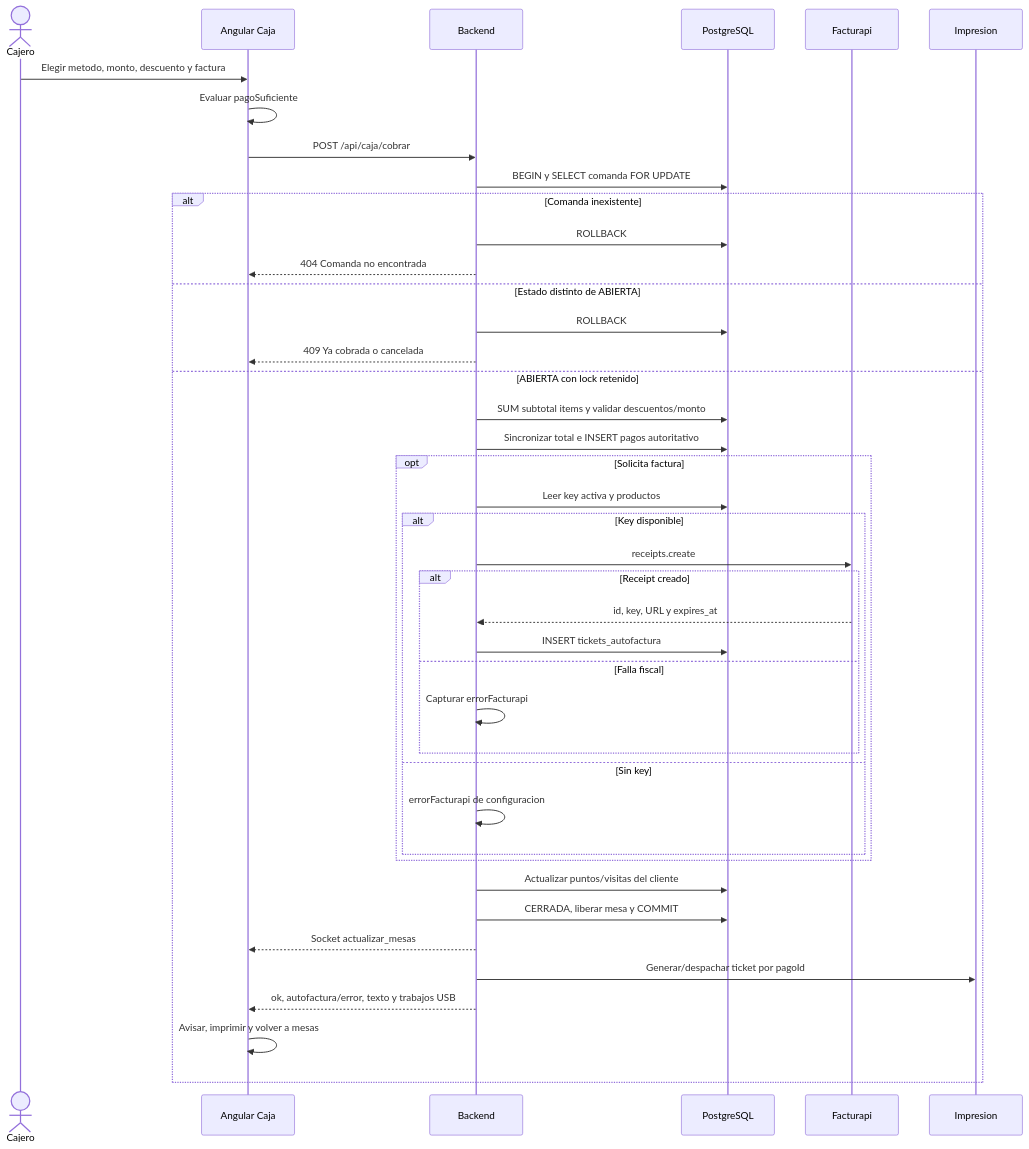
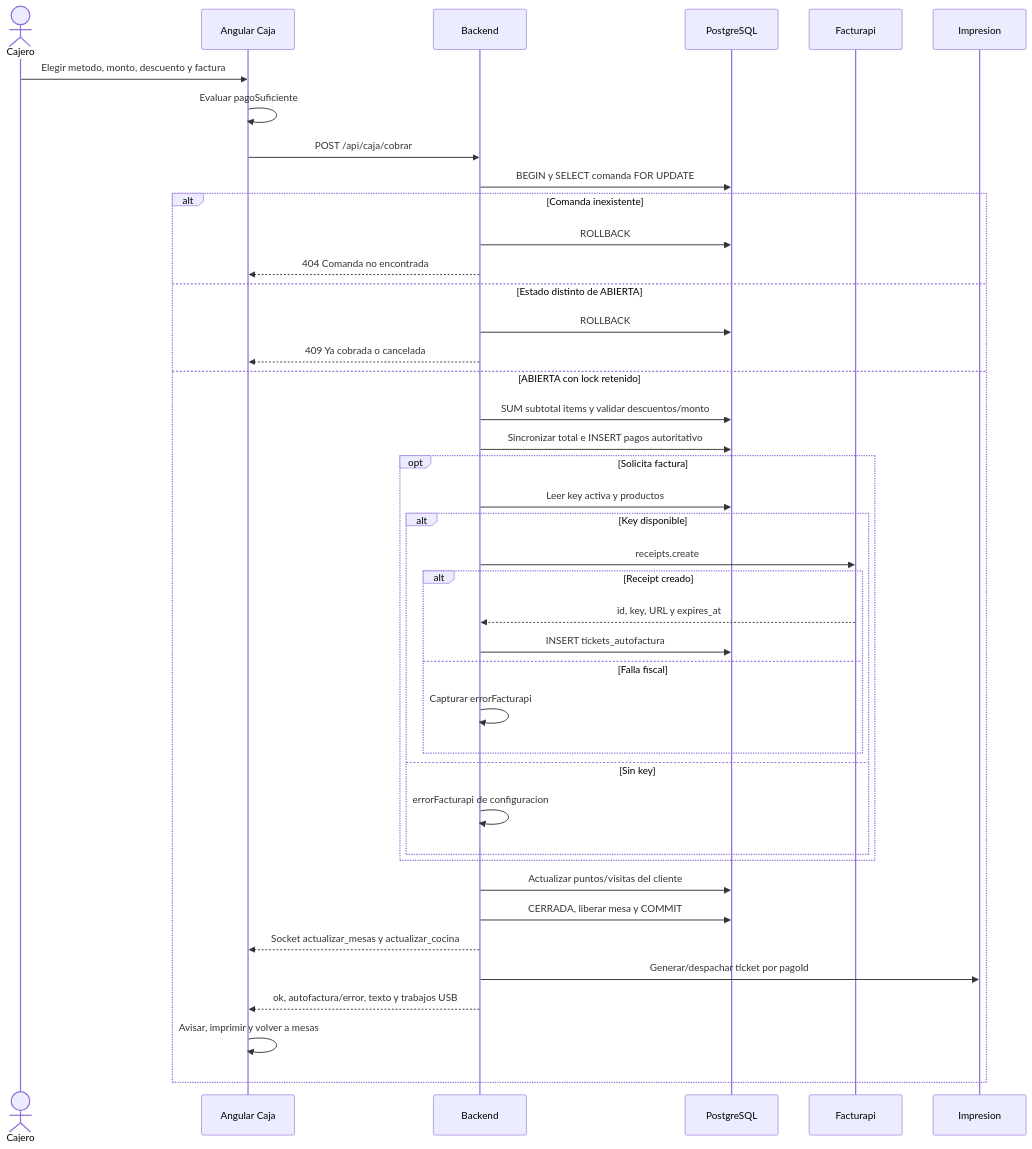
Before and after one commit to LAngelVp/Borboto: the fifth of 7 diagrams in docs/especificaciones/04-flujos-y-funcionalidad.md, drawn with Mermaid. The commit also changed other lines of this file and 6 other files, not shown here.

````diff
--- a/docs/especificaciones/04-flujos-y-funcionalidad.md
+++ b/docs/especificaciones/04-flujos-y-funcionalidad.md
@@ -195,43 +195,43 @@
 ```mermaid
 sequenceDiagram
   actor C as Cajero
   participant U as Angular Caja
   participant B as Backend
   participant DB as PostgreSQL
   participant F as Facturapi
   participant P as Impresion
   C->>U: Elegir metodo, monto, descuento y factura
   U->>U: Evaluar pagoSuficiente
   U->>B: POST /api/caja/cobrar
   B->>DB: BEGIN y SELECT comanda FOR UPDATE
   alt Comanda inexistente
     B->>DB: ROLLBACK
     B-->>U: 404 Comanda no encontrada
   else Estado distinto de ABIERTA
     B->>DB: ROLLBACK
     B-->>U: 409 Ya cobrada o cancelada
   else ABIERTA con lock retenido
     B->>DB: SUM subtotal items y validar descuentos/monto
     B->>DB: Sincronizar total e INSERT pagos autoritativo
     opt Solicita factura
       B->>DB: Leer key activa y productos
       alt Key disponible
         B->>F: receipts.create
         alt Receipt creado
           F-->>B: id, key, URL y expires_at
           B->>DB: INSERT tickets_autofactura
         else Falla fiscal
           B->>B: Capturar errorFacturapi
         end
       else Sin key
         B->>B: errorFacturapi de configuracion
       end
     end
     B->>DB: Actualizar puntos/visitas del cliente
     B->>DB: CERRADA, liberar mesa y COMMIT
-    B-->>U: Socket actualizar_mesas
+    B-->>U: Socket actualizar_mesas y actualizar_cocina
     B->>P: Generar/despachar ticket por pagoId
     B-->>U: ok, autofactura/error, texto y trabajos USB
     U->>U: Avisar, imprimir y volver a mesas
   end
 ```
````
